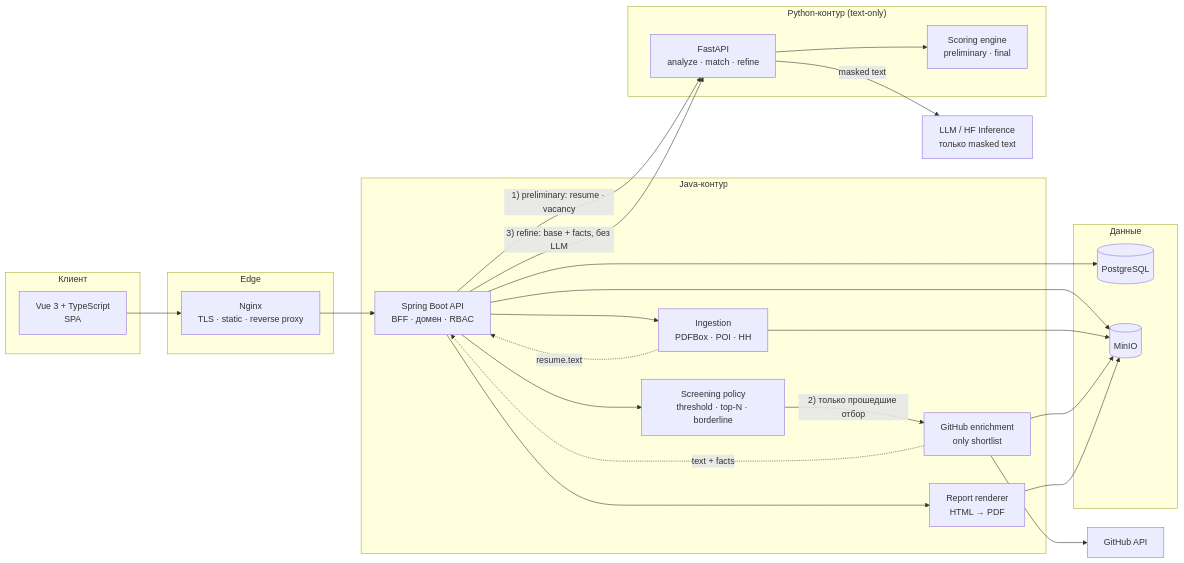
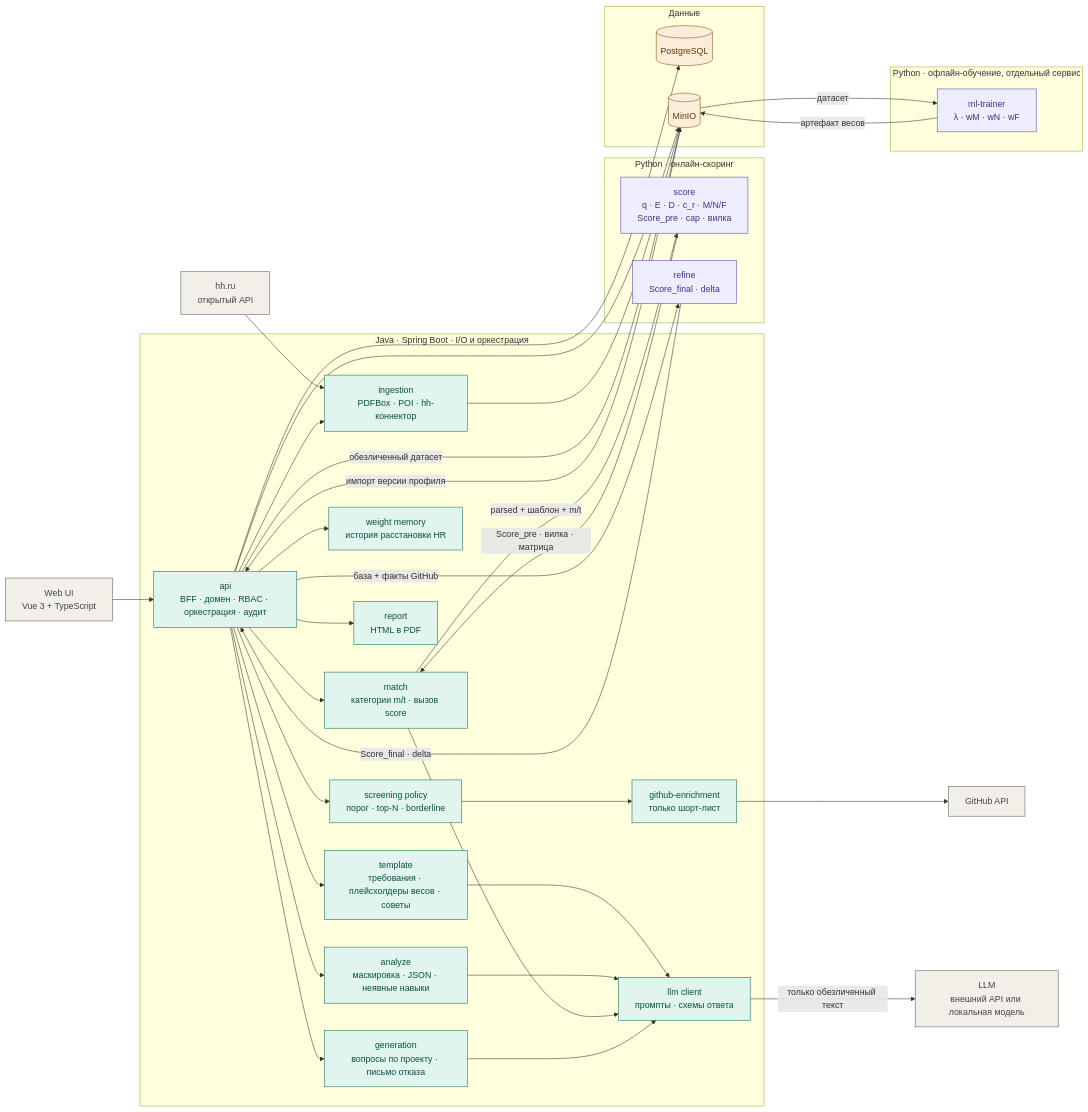
The second of 7 diagrams in README.md (MiZentUi/tracing_ats), drawn with Mermaid before and after one commit. The commit also changed other lines of this file and 9 other files, not shown here.

````diff
--- a/README.md
+++ b/README.md
@@ -177,45 +164,77 @@
 ```mermaid
 flowchart LR
-    subgraph CLIENT["Клиент"]
-        WEB["Vue 3 + TypeScript<br/>SPA"]
+    classDef ext fill:#F1EFE8,stroke:#5F5E5A,color:#444441
+    classDef java fill:#E1F5EE,stroke:#0F6E56,color:#085041
+    classDef py fill:#EEEDFE,stroke:#534AB7,color:#3C3489
+    classDef data fill:#FAEEDA,stroke:#854F0B,color:#633806
+
+    WEB["Web UI<br/>Vue 3 + TypeScript"]
+    HH["hh.ru<br/>открытый API"]
+    GH["GitHub API"]
+    LLM["LLM<br/>внешний API или локальная модель"]
+
+    subgraph JAVA["Java · Spring Boot · I/O и оркестрация"]
+        API["api<br/>BFF · домен · RBAC · оркестрация · аудит"]
+        ING["ingestion<br/>PDFBox · POI · hh-коннектор"]
+        TPL["template<br/>требования · плейсхолдеры весов · советы"]
+        PARSE["analyze<br/>маскировка · JSON · неявные навыки"]
+        MATCH["match<br/>категории m/t · вызов score"]
+        LLMC["llm client<br/>промпты · схемы ответа"]
+        GEN["generation<br/>вопросы по проекту · письмо отказа"]
+        WM["weight memory<br/>история расстановки HR"]
+        POL["screening policy<br/>порог · top-N · borderline"]
+        GHE["github-enrichment<br/>только шорт-лист"]
+        REP["report<br/>HTML в PDF"]
     end
-    subgraph EDGE["Edge"]
-        NGX["Nginx<br/>TLS · static · reverse proxy"]
+
+    subgraph PY["Python · онлайн-скоринг"]
+        SCORE["score<br/>q · E · D · c_r · M/N/F<br/>Score_pre · cap · вилка"]
+        REFINE["refine<br/>Score_final · delta"]
     end
-    subgraph APP["Java-контур"]
-        API["Spring Boot API<br/>BFF · домен · RBAC"]
-        ING["Ingestion<br/>PDFBox · POI · HH"]
-        SCREEN["Screening policy<br/>threshold · top-N · borderline"]
-        ENRICH["GitHub enrichment<br/>only shortlist"]
-        REPORT["Report renderer<br/>HTML → PDF"]
+
+    subgraph TRAIN["Python · офлайн-обучение, отдельный сервис"]
+        TR["ml-trainer<br/>λ · wM · wN · wF"]
     end
-    subgraph MLC["Python-контур (text-only)"]
-        MLS["FastAPI<br/>analyze · match · refine"]
-        SCORE["Scoring engine<br/>preliminary · final"]
-    end
+
     subgraph DATA["Данные"]
         PG[("PostgreSQL")]
         S3[("MinIO")]
     end
-    LLM["LLM / HF Inference<br/>только masked text"]
-    GH["GitHub API"]
 
-    WEB --> NGX
-    NGX --> API
+    WEB --> API
+    HH --> ING
+    API --> ING
+    API --> TPL
+    API --> PARSE
+    API --> MATCH
+    API --> GEN
+    API --> WM
+    API --> POL
+    POL --> GHE
+    GHE --> GH
+    API --> REP
     API --> PG
     API --> S3
-    API --> ING
     ING --> S3
-    ING -.->|"resume.text"| API
-    API -->|"1) preliminary: resume · vacancy"| MLS
-    API --> SCREEN
-    SCREEN -->|"2) только прошедшие отбор"| ENRICH
-    ENRICH --> GH
-    ENRICH --> S3
-    ENRICH -.->|"text + facts"| API
-    API -->|"3) refine: base + facts, без LLM"| MLS
-    MLS --> SCORE
-    MLS -->|"masked text"| LLM
-    API --> REPORT
-    REPORT --> S3
+
+    TPL --> LLMC
+    PARSE --> LLMC
+    MATCH --> LLMC
+    GEN --> LLMC
+    LLMC -->|"только обезличенный текст"| LLM
+
+    MATCH -->|"parsed + шаблон + m/t"| SCORE
+    SCORE -->|"Score_pre · вилка · матрица"| MATCH
+    API -->|"база + факты GitHub"| REFINE
+    REFINE -->|"Score_final · delta"| API
+
+    API -->|"обезличенный датасет"| S3
+    S3 -->|"датасет"| TR
+    TR -->|"артефакт весов"| S3
+    S3 -->|"импорт версии профиля"| API
+
+    class WEB,HH,GH,LLM ext
+    class API,ING,TPL,PARSE,MATCH,LLMC,GEN,WM,POL,GHE,REP java
+    class SCORE,REFINE,TR py
+    class PG,S3 data
 ```
````
